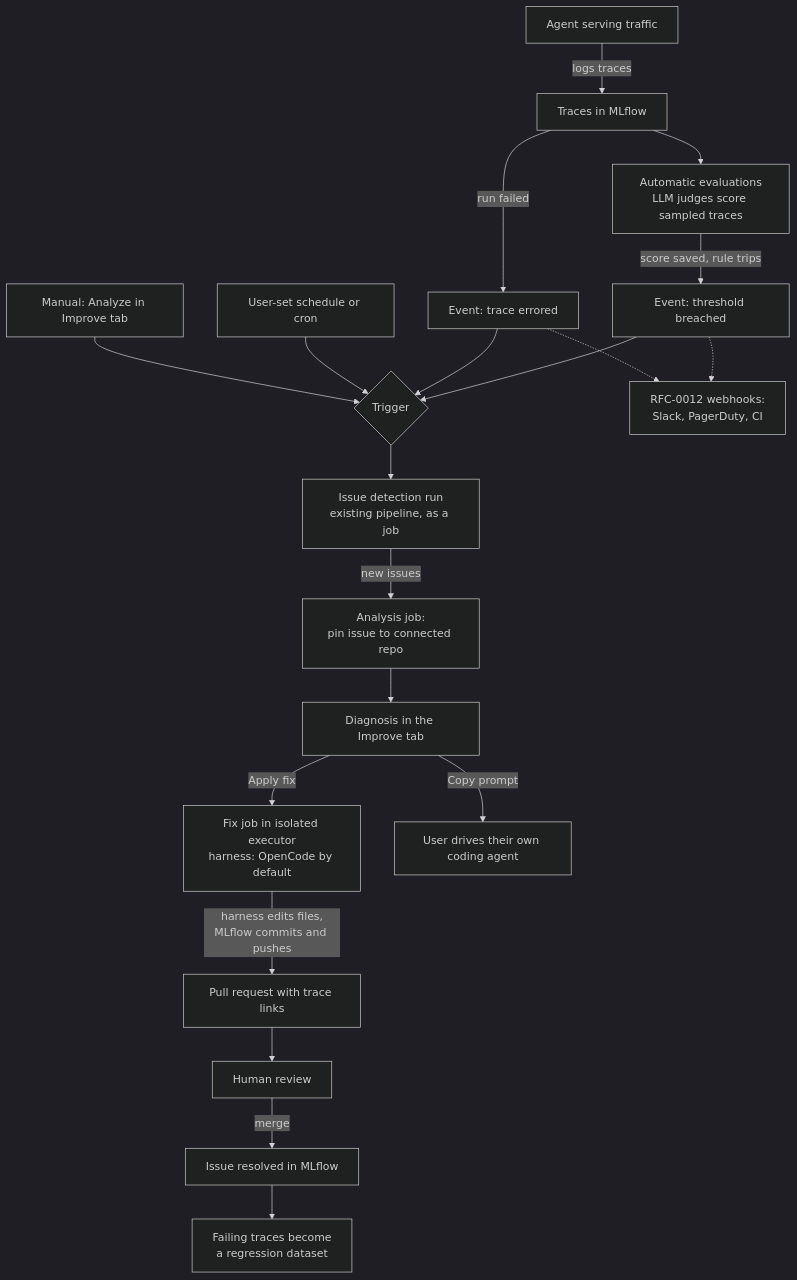
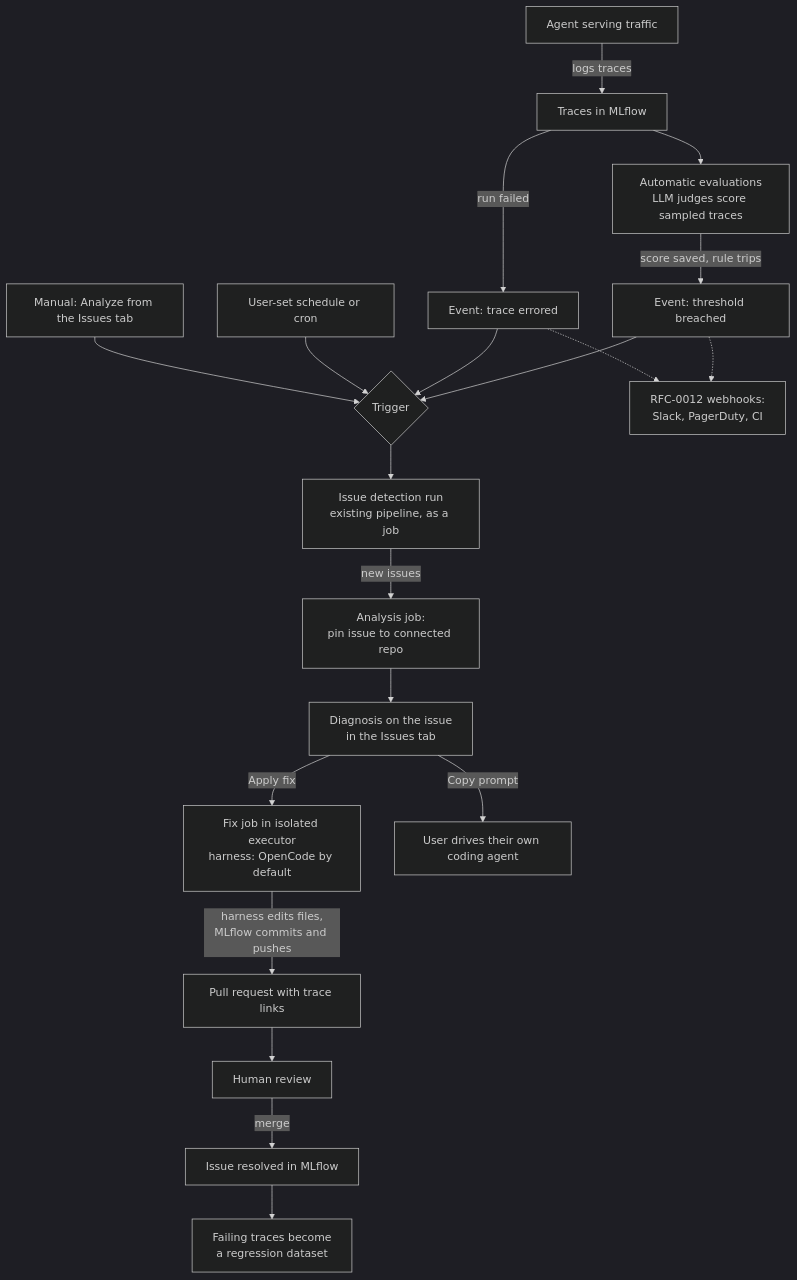
One commit to Nehanth/rfcs changed the diagram in rfcs/0013-agent-improvement-workflow/0013-agent-improvement-workflow.md. Above: the diagram before and after it, drawn with Mermaid (dark theme). The commit also changed other lines of this file, not shown here.

````diff
--- a/rfcs/0013-agent-improvement-workflow/0013-agent-improvement-workflow.md
+++ b/rfcs/0013-agent-improvement-workflow/0013-agent-improvement-workflow.md
@@ -189,28 +185,28 @@
 ```mermaid
 flowchart TD
     A[Agent serving traffic] -->|logs traces| T[Traces in MLflow]
 
     T --> AE[Automatic evaluations<br/>LLM judges score sampled traces]
     AE -->|score saved, rule trips| E1[Event: threshold breached]
     T -->|run failed| E2[Event: trace errored]
 
     E1 --> TRG{Trigger}
     E2 --> TRG
     SCH[User-set schedule or cron] --> TRG
-    MAN[Manual: Analyze in Improve tab] --> TRG
+    MAN[Manual: Analyze from the Issues tab] --> TRG
 
     E1 -.-> WH[RFC-0012 webhooks:<br/>Slack, PagerDuty, CI]
     E2 -.-> WH
 
     TRG --> ID[Issue detection run<br/>existing pipeline, as a job]
     ID -->|new issues| AN[Analysis job:<br/>pin issue to connected repo]
-    AN --> DG[Diagnosis in the Improve tab]
+    AN --> DG[Diagnosis on the issue<br/>in the Issues tab]
 
     DG -->|Apply fix| FX[Fix job in isolated executor<br/>harness: OpenCode by default]
     DG -->|Copy prompt| OWN[User drives their own coding agent]
 
     FX -->|harness edits files,<br/>MLflow commits and pushes| PR[Pull request with trace links]
     PR --> HR[Human review]
     HR -->|merge| RES[Issue resolved in MLflow]
     RES --> DS[Failing traces become<br/>a regression dataset]
 ```
````
